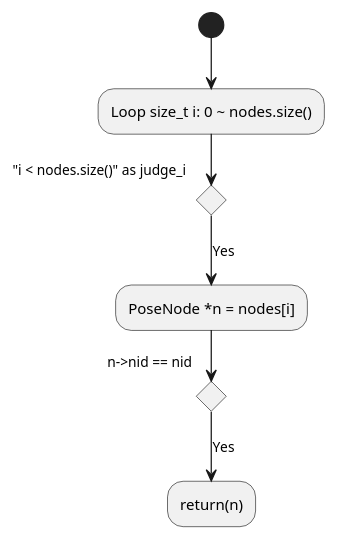
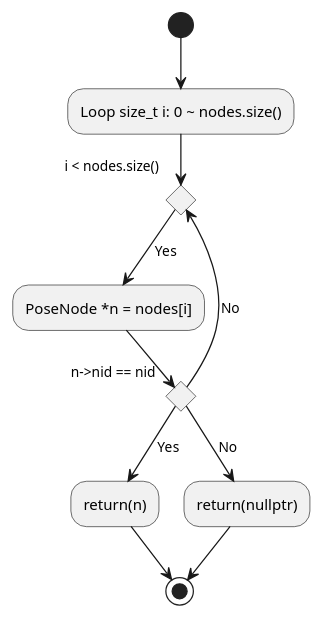
The diagram in PlantUML/PoseGraph/PoseGraph_Activity_findNode.puml (ShisatoYano/SLAMDesignUML), drawn with PlantUML before and after one commit. The commit also changed 3 other files, not shown here.

```diff
--- a/PlantUML/PoseGraph/PoseGraph_Activity_findNode.puml
+++ b/PlantUML/PoseGraph/PoseGraph_Activity_findNode.puml
@@ -1,15 +1,20 @@
 @startuml
 
 /'
     find node from id
     input: int id
     return: PoseNode*
 '/
 
 (*) --> "Loop size_t i: 0 ~ nodes.size()"
---> if "i < nodes.size()" as judge_i
+--> if "i < nodes.size()" as judge_i then
         --> [Yes] "PoseNode *n = nodes[i]"
         --> if "n->nid == nid"
                 --> [Yes] "return(n)"
-
+                --> (*)
+            else
+                --> [No] judge_i
+    else
+        --> [No] "return(nullptr)"
+        --> (*)
 @enduml
```
